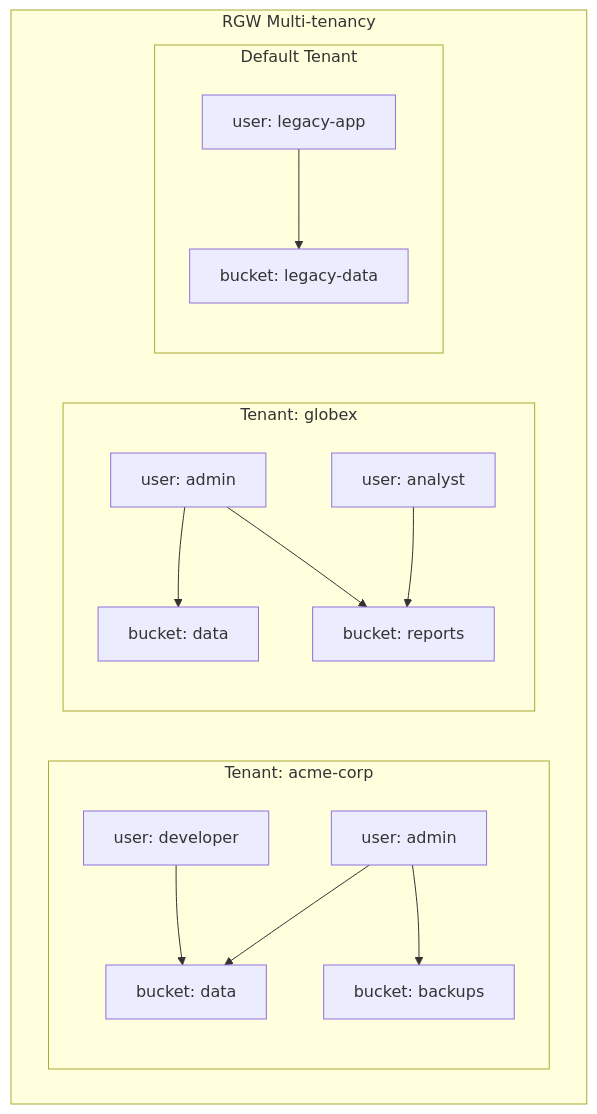
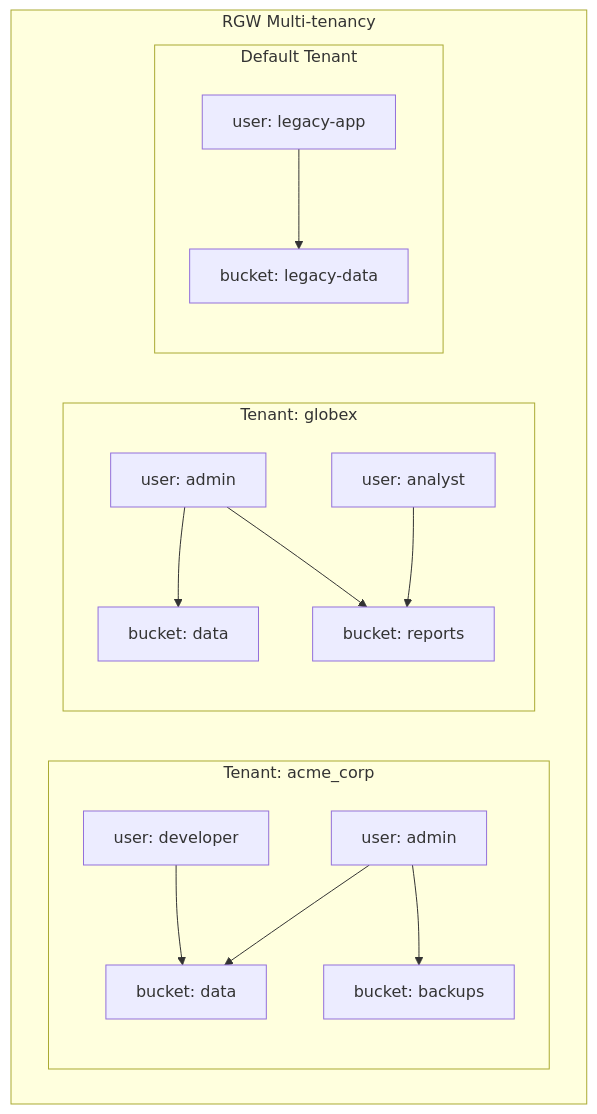
One commit to OneUptime/blog changed the fourth of 5 diagrams in posts/2026-01-07-ceph-quotas-user-management/README.md. Above: the diagram before and after it, drawn with Mermaid. The commit also changed other lines of this file and 2 other files, not shown here.

````diff
--- a/posts/2026-01-07-ceph-quotas-user-management/README.md
+++ b/posts/2026-01-07-ceph-quotas-user-management/README.md
@@ -812,33 +812,33 @@
 ```mermaid
 graph TB
     subgraph "RGW Multi-tenancy"
-        subgraph "Tenant: acme-corp"
+        subgraph "Tenant: acme_corp"
             UA1[user: admin]
             UA2[user: developer]
             BA1[bucket: data]
             BA2[bucket: backups]
         end
 
         subgraph "Tenant: globex"
             UG1[user: admin]
             UG2[user: analyst]
             BG1[bucket: data]
             BG2[bucket: reports]
         end
 
         subgraph "Default Tenant"
             UD1[user: legacy-app]
             BD1[bucket: legacy-data]
         end
     end
 
     UA1 --> BA1
     UA1 --> BA2
     UA2 --> BA1
 
     UG1 --> BG1
     UG1 --> BG2
     UG2 --> BG2
 
     UD1 --> BD1
 ```
````
